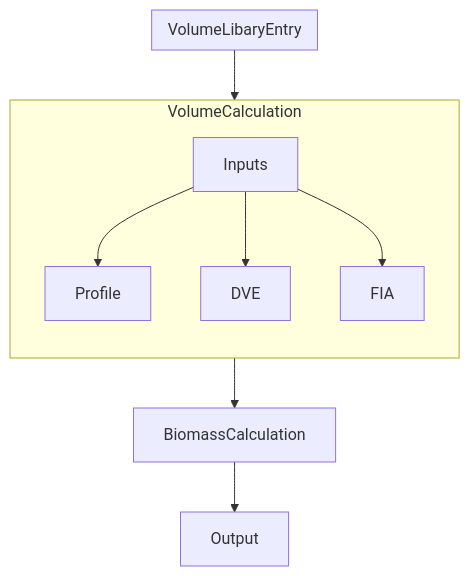
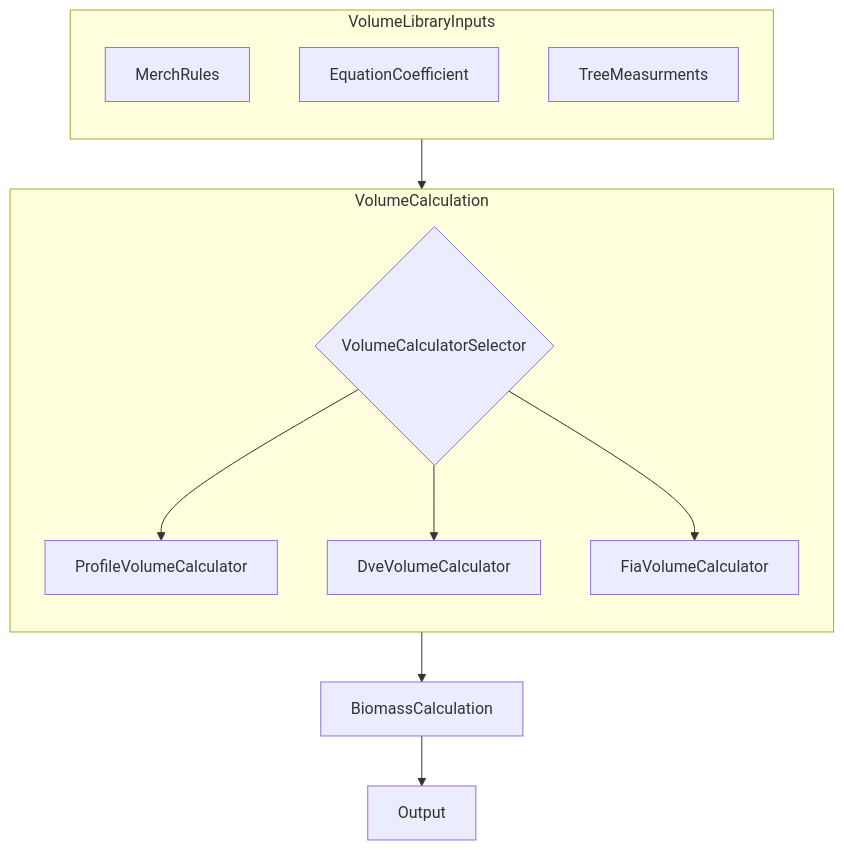
The first of 3 diagrams in docs/NewVolLibPlanning/VolumeCalulationFlow.md (FMSC-Measurements/VolumeLibrary), drawn with Mermaid before and after one commit. The commit also changed other lines of this file, not shown here.

````diff
--- a/docs/NewVolLibPlanning/VolumeCalulationFlow.md
+++ b/docs/NewVolLibPlanning/VolumeCalulationFlow.md
@@ -2,19 +2,24 @@
 ```mermaid
 flowchart TB
 
-    VolumeLibaryEntry --> VolumeCalculation --> BiomassCalculation --> Output
+    VolumeLibraryInputs --> VolumeCalculation --> BiomassCalculation --> Output
 
-    subgraph VolumeLibaryEntry
-
+    subgraph VolumeLibraryInputs
+        direction TB
+        MerchRules
+        EquationCoefficient
+        TreeMeasurments
+        
     end
     
 
     subgraph VolumeCalculation
         direction TB
-        Inputs --> Profile
-        Inputs --> DVE
-        Inputs --> FIA
 
+        A{VolumeCalculatorSelector}
+        A-->ProfileVolumeCalculator
+        A-->DveVolumeCalculator
+        A-->FiaVolumeCalculator
     end
 
 ```
````
